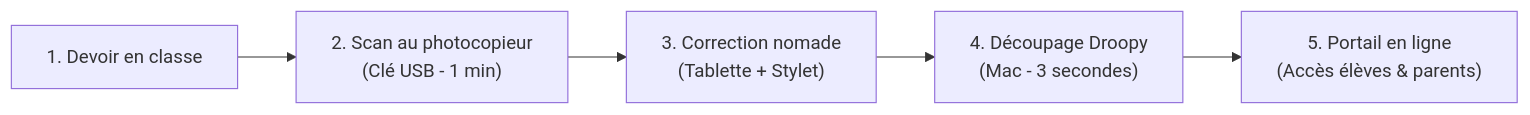
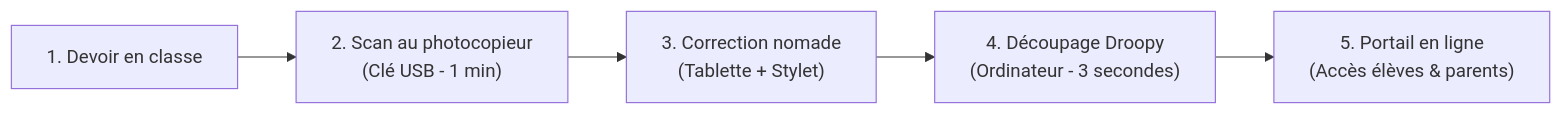
One commit to rrigaud/droopy changed the diagram in docs/GUIDE_ENSEIGNANT.md. Above: the diagram before and after it, drawn with Mermaid. The commit also changed other lines of this file and 5 other files, not shown here.

````diff
--- a/docs/GUIDE_ENSEIGNANT.md
+++ b/docs/GUIDE_ENSEIGNANT.md
@@ -104,7 +107,7 @@
 ```mermaid
 flowchart LR
     A["1. Devoir en classe"] --> B["2. Scan au photocopieur<br>(Clé USB - 1 min)"]
     B --> C["3. Correction nomade<br>(Tablette + Stylet)"]
-    C --> D["4. Découpage Droopy<br>(Mac - 3 secondes)"]
+    C --> D["4. Découpage Droopy<br>(Ordinateur - 3 secondes)"]
     D --> E["5. Portail en ligne<br>(Accès élèves & parents)"]
 ```
````
